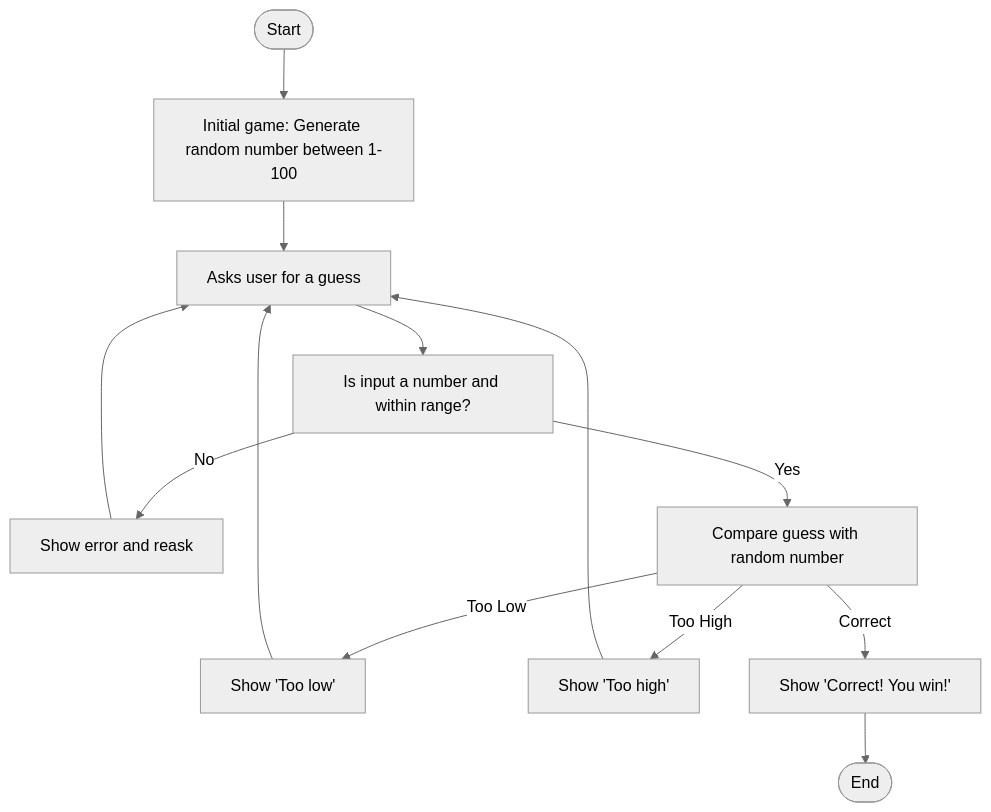
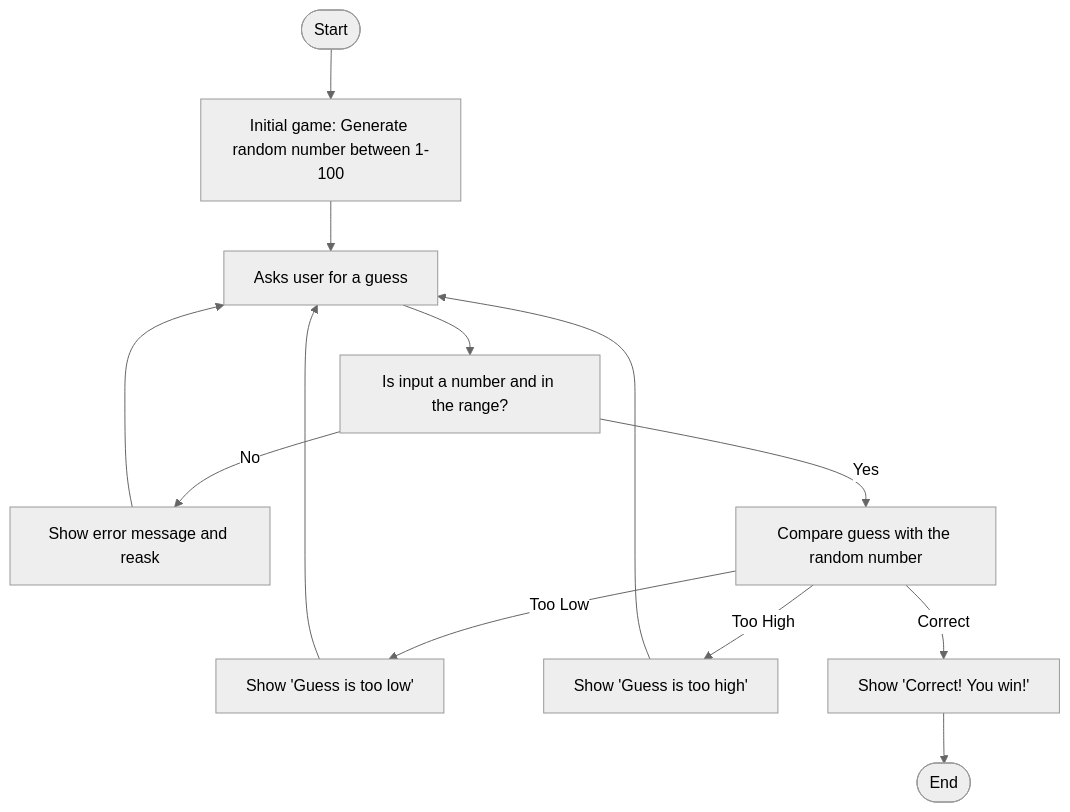
One commit to PrarthanaKannan1/PrarthanaKannan1.github.io changed the diagram in Guessing.md. Above: the diagram before and after it, drawn with Mermaid (neutral theme). The commit also changed other lines of this file, not shown here.

Commit message:
Update Guessing.md
updated code and descriptions

````diff
--- a/Guessing.md
+++ b/Guessing.md
@@ -1,13 +1,13 @@
 ```mermaid
 flowchart TD
-    Start([Start]) --> Init[Initial game: Generate random number between 1-100]
-    Init --> AskUser[Asks user for a guess]
-    AskUser --> Validate[Is input a number and within range?]
-    Validate -- No --> ErrorMsg[Show error and reask]
+    Start([Start]) --> Initial[Initial game: Generate random number between 1-100]
+    Initial --> AskUser[Asks user for a guess]
+    AskUser --> Validate[Is input a number and in the range?]
+    Validate -- No --> ErrorMsg[Show error message and reask]
     ErrorMsg --> AskUser
-    Validate -- Yes --> Compare[Compare guess with random number]
-    Compare -- Too Low --> LowMsg[Show 'Too low'] --> AskUser
-    Compare -- Too High --> HighMsg[Show 'Too high'] --> AskUser
+    Validate -- Yes --> Compare[Compare guess with the random number]
+    Compare -- Too Low --> LowMsg[Show 'Guess is too low'] --> AskUser
+    Compare -- Too High --> HighMsg[Show 'Guess is too high'] --> AskUser
     Compare -- Correct --> WinMsg[Show 'Correct! You win!']
     WinMsg --> End([End])
 ```
````
